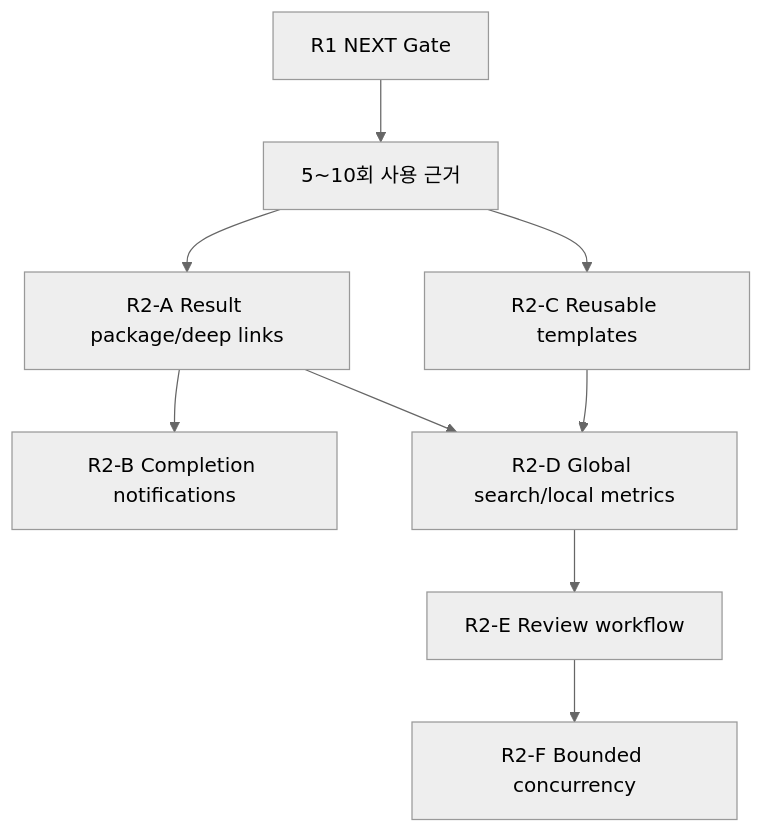
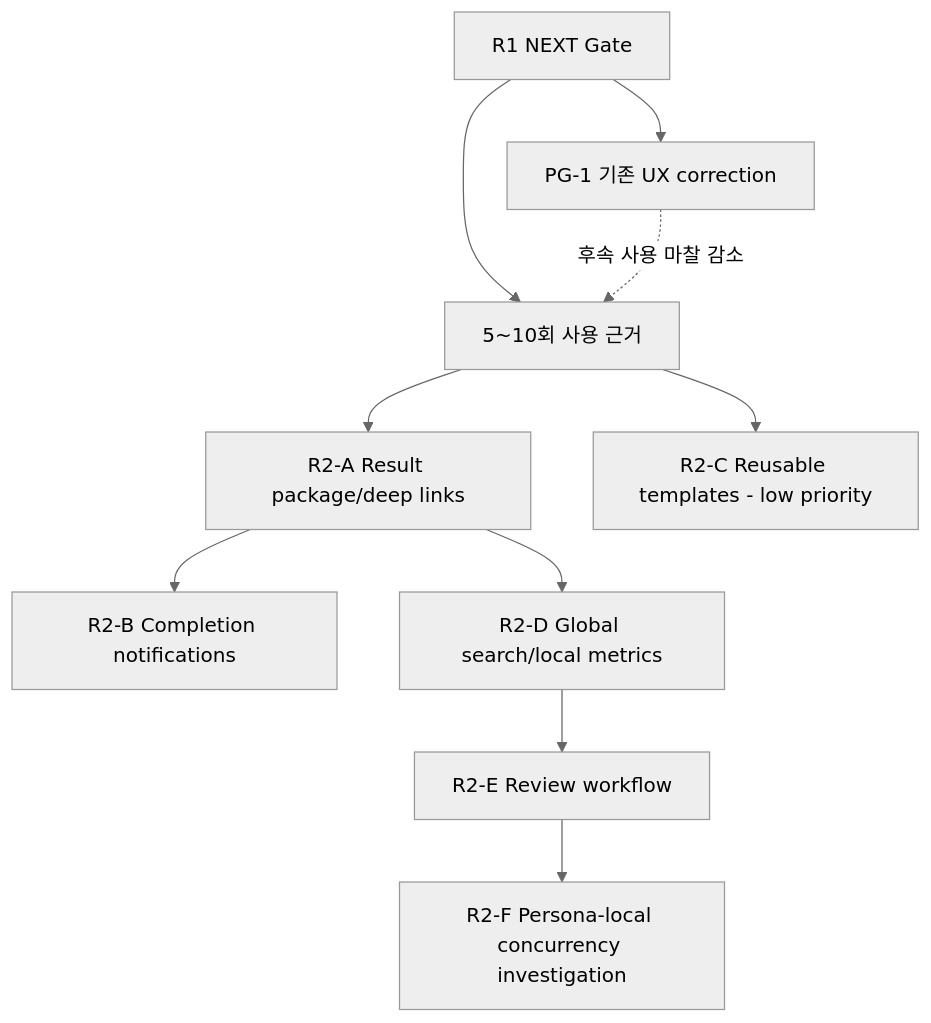
The first of 2 diagrams in docs/todo/2026-07-15-r2-product-expansion-execution-plan.md (LeeLeeLeeee/personal-agent-gateway), drawn with Mermaid (neutral theme) before and after one commit. The commit also changed other lines of this file and 29 other files, not shown here.

````diff
--- a/docs/todo/2026-07-15-r2-product-expansion-execution-plan.md
+++ b/docs/todo/2026-07-15-r2-product-expansion-execution-plan.md
@@ -191,11 +315,12 @@
 ```mermaid
 flowchart TD
-    G0[R1 NEXT Gate] --> G1[5~10회 사용 근거]
+    G0[R1 NEXT Gate] --> P[PG-1 기존 UX correction]
+    G0 --> G1[5~10회 사용 근거]
+    P -. 후속 사용 마찰 감소 .-> G1
     G1 --> A[R2-A Result package/deep links]
     A --> B[R2-B Completion notifications]
-    G1 --> C[R2-C Reusable templates]
     A --> D[R2-D Global search/local metrics]
-    C --> D
     D --> E[R2-E Review workflow]
-    E --> F[R2-F Bounded concurrency]
+    E --> F[R2-F Persona-local concurrency investigation]
+    G1 --> C[R2-C Reusable templates - low priority]
 ```
````
